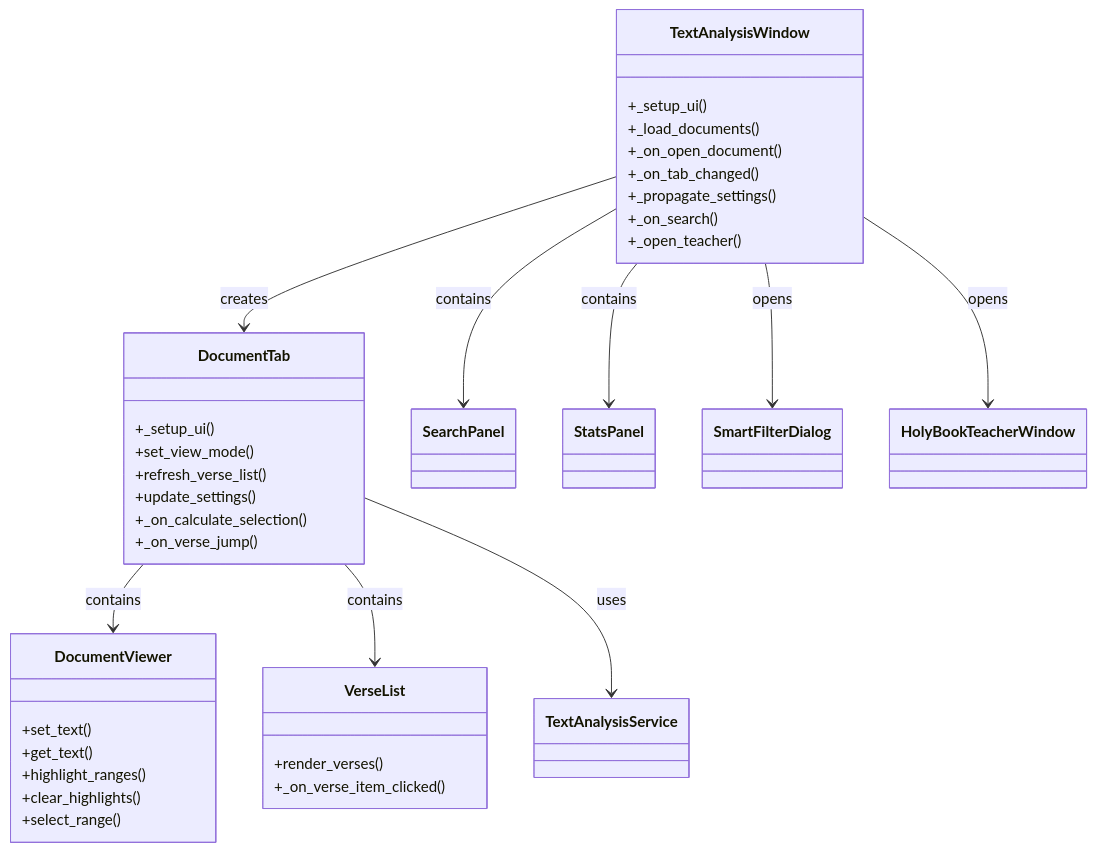
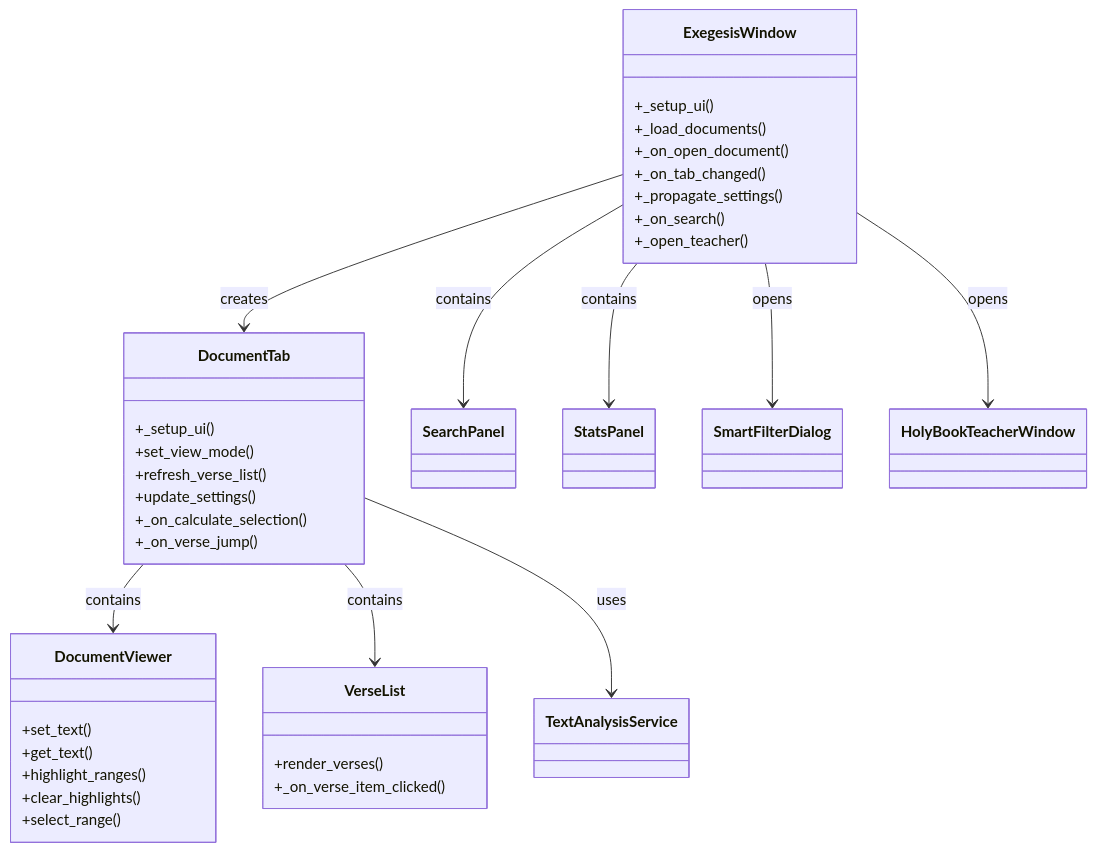
One commit to TheDaniel166/IsopGem changed the seventh of 7 diagrams in .qoder/repowiki/en/content/Architecture Overview/Pillar-Based Architecture/Gematria Pillar/Text Analysis System.md. Above: the diagram before and after it, drawn with Mermaid. The commit also changed other lines of this file and 29 other files, not shown here.

````diff
--- a/.qoder/repowiki/en/content/Architecture Overview/Pillar-Based Architecture/Gematria Pillar/Text Analysis System.md
+++ b/.qoder/repowiki/en/content/Architecture Overview/Pillar-Based Architecture/Gematria Pillar/Text Analysis System.md
@@ -161,39 +308,39 @@
 ```mermaid
 classDiagram
-class TextAnalysisWindow {
+class ExegesisWindow {
 +_setup_ui()
 +_load_documents()
 +_on_open_document()
 +_on_tab_changed()
 +_propagate_settings()
 +_on_search()
 +_open_teacher()
 }
 class DocumentTab {
 +_setup_ui()
 +set_view_mode()
 +refresh_verse_list()
 +update_settings()
 +_on_calculate_selection()
 +_on_verse_jump()
 }
 class DocumentViewer {
 +set_text()
 +get_text()
 +highlight_ranges()
 +clear_highlights()
 +select_range()
 }
 class VerseList {
 +render_verses()
 +_on_verse_item_clicked()
 }
-TextAnalysisWindow --> DocumentTab : creates
+ExegesisWindow --> DocumentTab : creates
 DocumentTab --> DocumentViewer : contains
 DocumentTab --> VerseList : contains
 DocumentTab --> TextAnalysisService : uses
-TextAnalysisWindow --> SearchPanel : contains
-TextAnalysisWindow --> StatsPanel : contains
-TextAnalysisWindow --> SmartFilterDialog : opens
-TextAnalysisWindow --> HolyBookTeacherWindow : opens
+ExegesisWindow --> SearchPanel : contains
+ExegesisWindow --> StatsPanel : contains
+ExegesisWindow --> SmartFilterDialog : opens
+ExegesisWindow --> HolyBookTeacherWindow : opens
 ```
````
